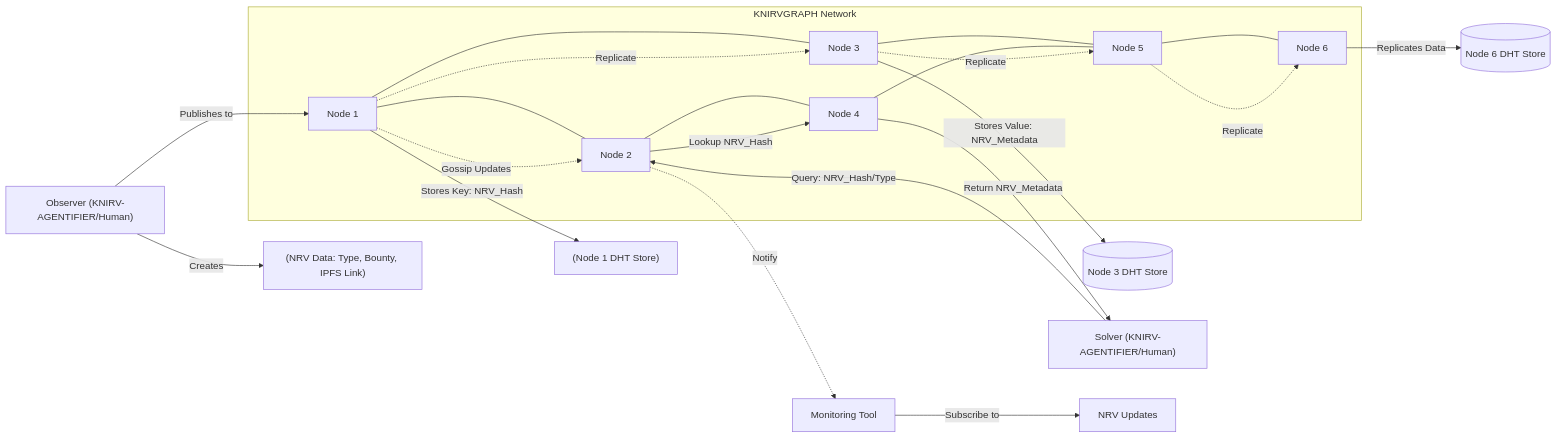
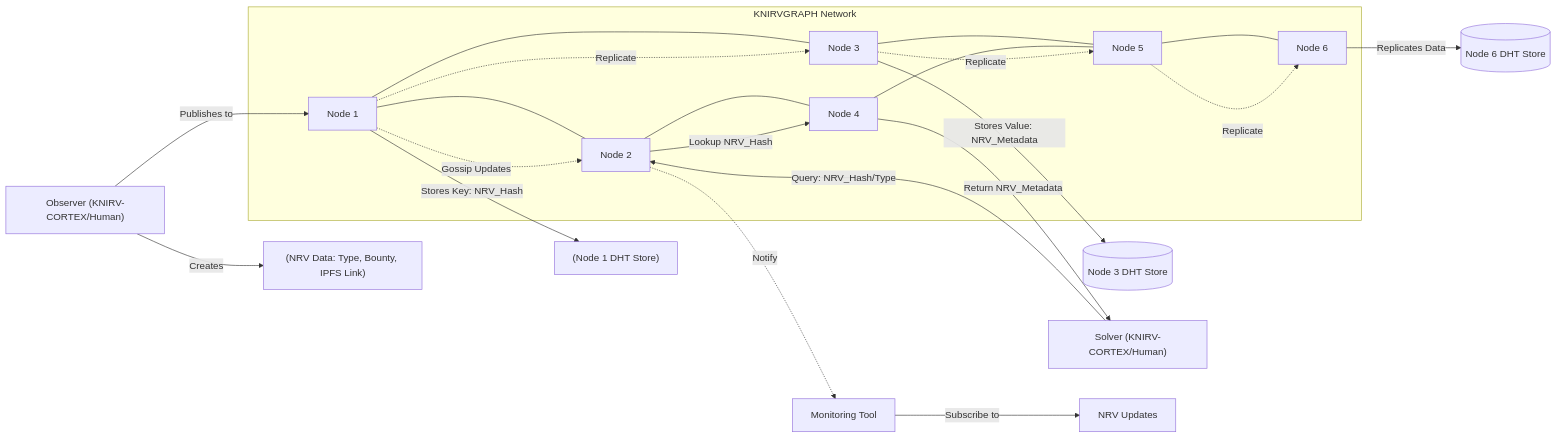
The second of 9 diagrams in KNIRVGATEWAY/documentation/docsify/whitepapers/KNIRVGRAPH_Whitepaper.md (guiperry/KNIRV_NETWORK), drawn with Mermaid before and after one commit. The commit also changed other lines of this file and 441 other files, not shown here.

````diff
--- a/KNIRVGATEWAY/documentation/docsify/whitepapers/KNIRVGRAPH_Whitepaper.md
+++ b/KNIRVGATEWAY/documentation/docsify/whitepapers/KNIRVGRAPH_Whitepaper.md
@@ -137,30 +137,30 @@
 ```mermaid
 graph LR
     subgraph KNIRVGRAPH_NETWORK[KNIRVGRAPH Network]
         N1[Node 1] --- N2[Node 2]
         N1 --- N3[Node 3]
         N2 --- N4[Node 4]
         N3 --- N5[Node 5]
         N4 --- N5
         N5 --- N6[Node 6]
     end
 
-    Obs["Observer (KNIRV-AGENTIFIER/Human)"] -- Creates --> NRV_Data["(NRV Data: Type, Bounty, IPFS Link)"]
+    Obs["Observer (KNIRV-CORTEX/Human)"] -- Creates --> NRV_Data["(NRV Data: Type, Bounty, IPFS Link)"]
     Obs -- Publishes to --> N1
     
     N1 -- Stores Key: NRV_Hash --> N1_Store["(Node 1 DHT Store)"]
     N3 -- Stores Value: NRV_Metadata --> N3_Store[(Node 3 DHT Store)]
     N6 -- Replicates Data --> N6_Store[(Node 6 DHT Store)]
     
-    Solv["Solver (KNIRV-AGENTIFIER/Human)"] -- Query: NRV_Hash/Type --> N2
+    Solv["Solver (KNIRV-CORTEX/Human)"] -- Query: NRV_Hash/Type --> N2
     N2 -- Lookup NRV_Hash --> N4
     N4 -- Return NRV_Metadata --> Solv
 
     Monitor[Monitoring Tool] -- Subscribe to --> DHT_Updates[NRV Updates]
     N1 -. Gossip Updates .-> N2
     N2 -. Notify .-> Monitor
     
     N1 -. Replicate .-> N3
     N3 -. Replicate .-> N5
     N5 -. Replicate .-> N6
 ```
````
